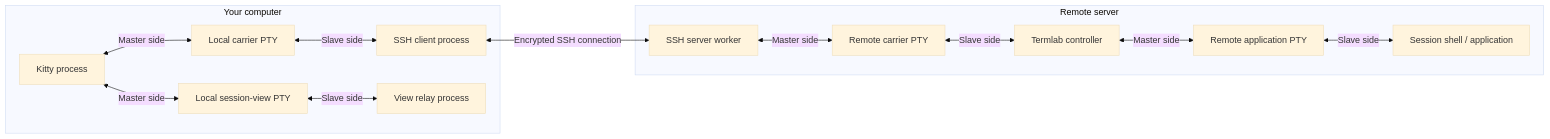
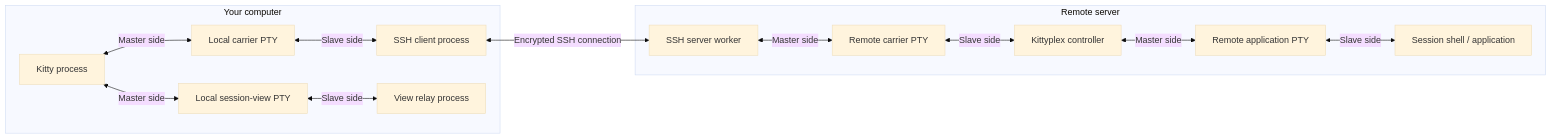
Before and after one commit to claes/kittyplex: the first of 5 diagrams in docs/how-it-works.md, drawn with Mermaid (base theme). The commit also changed other lines of this file and 40 other files, not shown here.

Commit message:
Rename from termlab to kittyplex

````diff
--- a/docs/how-it-works.md
+++ b/docs/how-it-works.md
@@ -121,26 +121,26 @@
 ```mermaid
 flowchart LR
     subgraph Local["Your computer"]
         K["Kitty process"]
         CP["Local carrier PTY"]
         SSH["SSH client process"]
         VP["Local session-view PTY"]
         V["View relay process"]
         K <-->|Master side| CP
         CP <-->|Slave side| SSH
         K <-->|Master side| VP
         VP <-->|Slave side| V
     end
     subgraph Remote["Remote server"]
         D["SSH server worker"]
         RP["Remote carrier PTY"]
-        M["Termlab controller"]
+        M["Kittyplex controller"]
         AP["Remote application PTY"]
         A["Session shell / application"]
         D <-->|Master side| RP
         RP <-->|Slave side| M
         M <-->|Master side| AP
         AP <-->|Slave side| A
     end
     SSH <-->|Encrypted SSH connection| D
 ```
````
